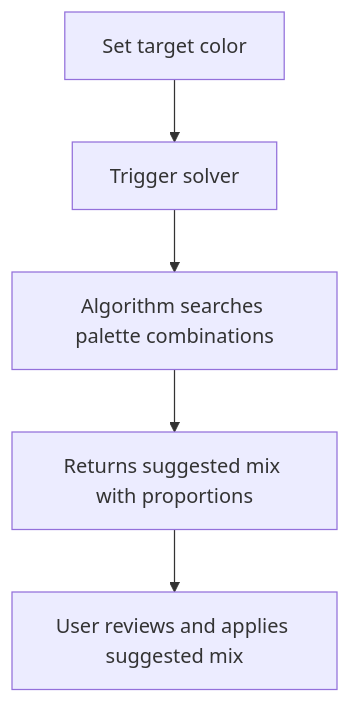
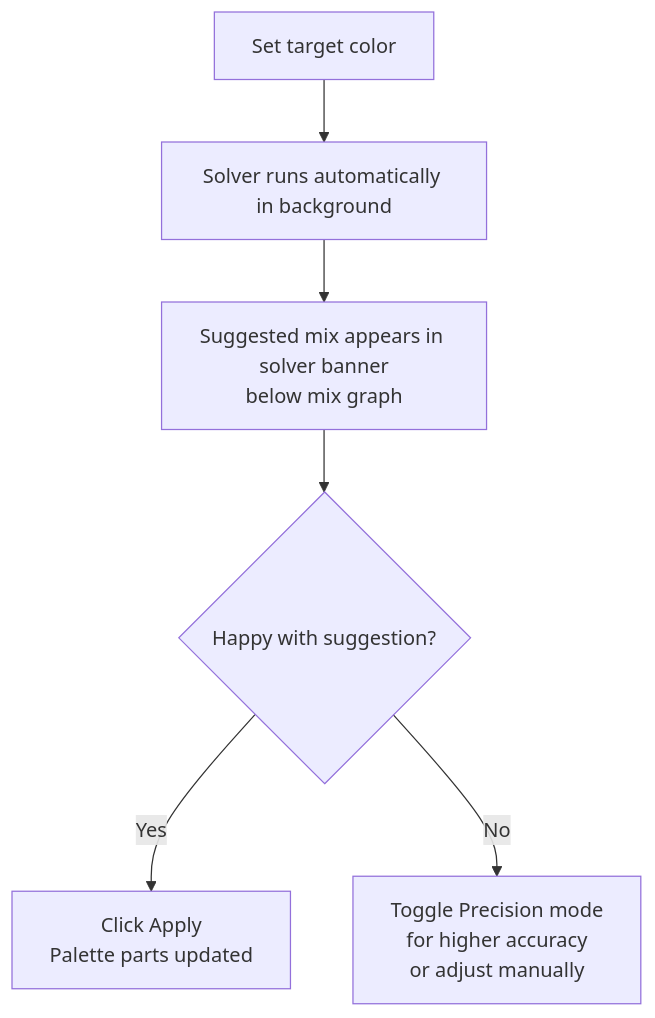
The fourth of 5 diagrams in hacky-hours/02-design/USER_JOURNEYS.md (Palette-Pickers/paint-mixer), drawn with Mermaid before and after one commit. The commit also changed other lines of this file and 16 other files, not shown here.

````diff
--- a/hacky-hours/02-design/USER_JOURNEYS.md
+++ b/hacky-hours/02-design/USER_JOURNEYS.md
@@ -47,7 +47,8 @@
 ```mermaid
 flowchart TD
-    A[Set target color] --> B[Trigger solver]
-    B --> C[Algorithm searches palette combinations]
-    C --> D[Returns suggested mix with proportions]
-    D --> E[User reviews and applies suggested mix]
+    A[Set target color] --> B[Solver runs automatically in background]
+    B --> C[Suggested mix appears in solver banner\nbelow mix graph]
+    C --> D{Happy with suggestion?}
+    D -- Yes --> E[Click Apply\nPalette parts updated]
+    D -- No --> F[Toggle Precision mode\nfor higher accuracy\nor adjust manually]
 ```
````
